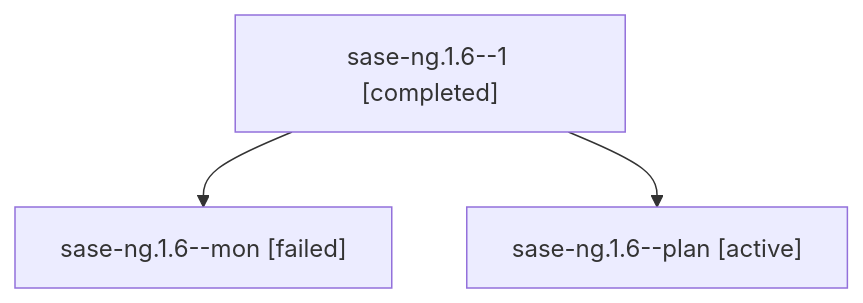
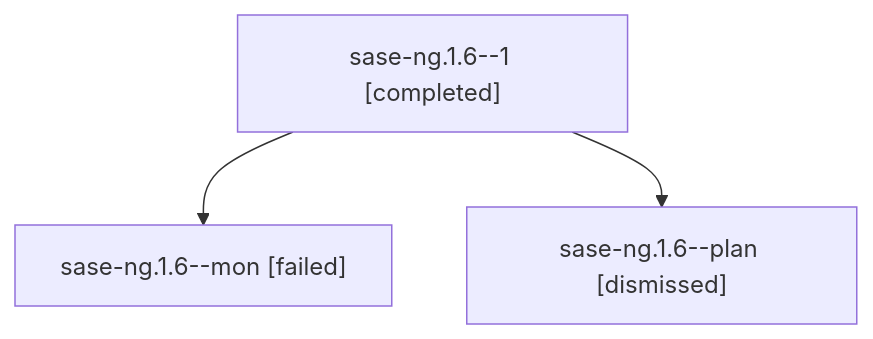
The diagram in sessions/bbugyi200.athena.sase-ng.1.6.md (sase-org/sase--agents), drawn with Mermaid before and after one commit. The commit also changed other lines of this file and 219 other files, not shown here.

````diff
--- a/sessions/bbugyi200.athena.sase-ng.1.6.md
+++ b/sessions/bbugyi200.athena.sase-ng.1.6.md
@@ -9,8 +9,8 @@
 ```mermaid
 flowchart TD
   n0["sase-ng.1.6--1 [completed]"]
   n1["sase-ng.1.6--mon [failed]"]
   n0 --> n1
-  n2["sase-ng.1.6--plan [active]"]
+  n2["sase-ng.1.6--plan [dismissed]"]
   n0 --> n2
 ```
````
